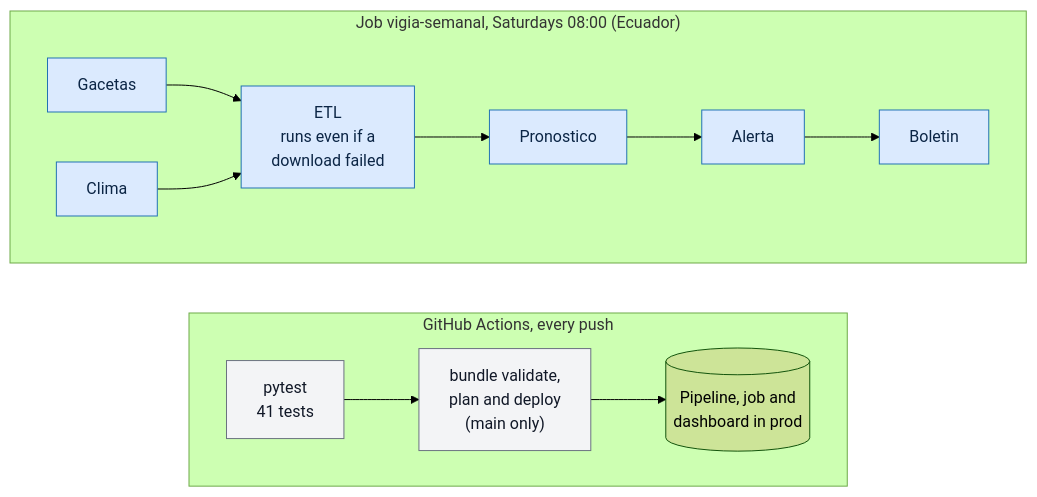
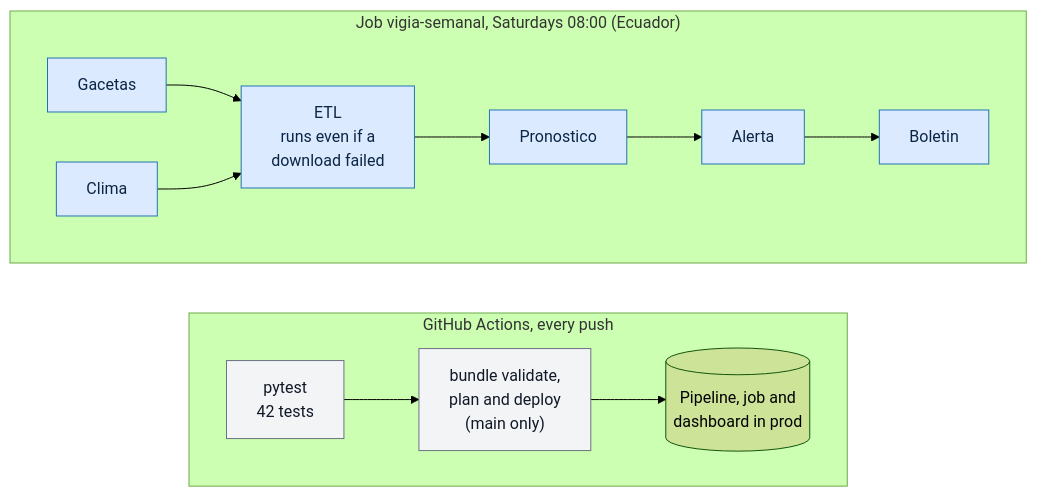
One commit to srodriguez252/vigia-dengue changed the second of 2 diagrams in README.md. Above: the diagram before and after it, drawn with Mermaid (forest theme). The commit also changed other lines of this file and 4 other files, not shown here.

````diff
--- a/README.md
+++ b/README.md
@@ -81,17 +81,17 @@
 ```mermaid
 flowchart LR
     subgraph CI["GitHub Actions, every push"]
         direction LR
-        T["pytest<br/>41 tests"] --> D["bundle validate,<br/>plan and deploy<br/>(main only)"] --> W[("Pipeline, job and<br/>dashboard in prod")]
+        T["pytest<br/>42 tests"] --> D["bundle validate,<br/>plan and deploy<br/>(main only)"] --> W[("Pipeline, job and<br/>dashboard in prod")]
     end
     subgraph JOB["Job vigia-semanal, Saturdays 08:00 (Ecuador)"]
         direction LR
         G["Gacetas"] --> E["ETL<br/>runs even if a<br/>download failed"]
         C["Clima"] --> E
         E --> P["Pronostico"] --> A["Alerta"] --> B["Boletin"]
     end
     classDef job fill:#dbeafe,stroke:#2272b4,color:#0b2545
     classDef ci fill:#f3f4f6,stroke:#6b7280,color:#111827
     class G,C,E,P,A,B job
     class T,D ci
 ```
````
